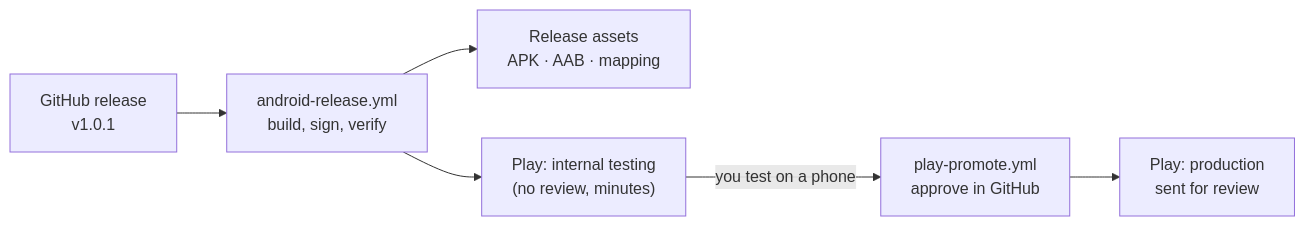
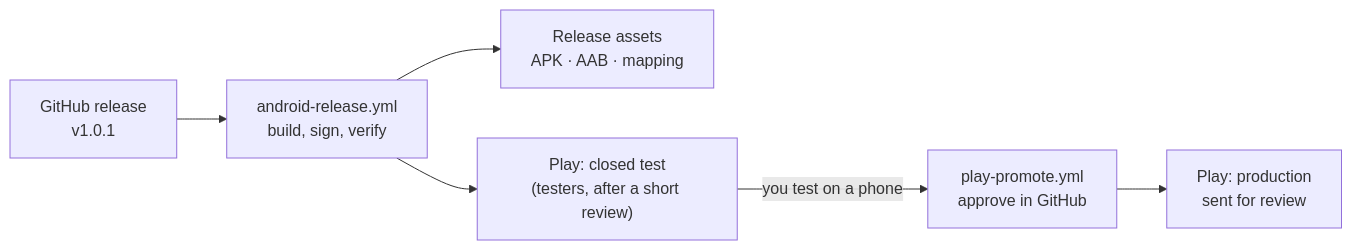
One commit to chankruze/morsekit changed the first of 3 diagrams in docs/13-ci-release.md. Above: the diagram before and after it, drawn with Mermaid. The commit also changed other lines of this file and 2 other files, not shown here.

Commit message:
docs: releases go to the closed test

````diff
--- a/docs/13-ci-release.md
+++ b/docs/13-ci-release.md
@@ -11,8 +11,8 @@
 ```mermaid
 flowchart LR
     R["GitHub release<br/>v1.0.1"] --> B["android-release.yml<br/>build, sign, verify"]
     B --> A["Release assets<br/>APK · AAB · mapping"]
-    B --> I["Play: internal testing<br/>(no review, minutes)"]
+    B --> I["Play: closed test<br/>(testers, after a short review)"]
     I -->|"you test on a phone"| P["play-promote.yml<br/>approve in GitHub"]
     P --> Q["Play: production<br/>sent for review"]
 ```
````
